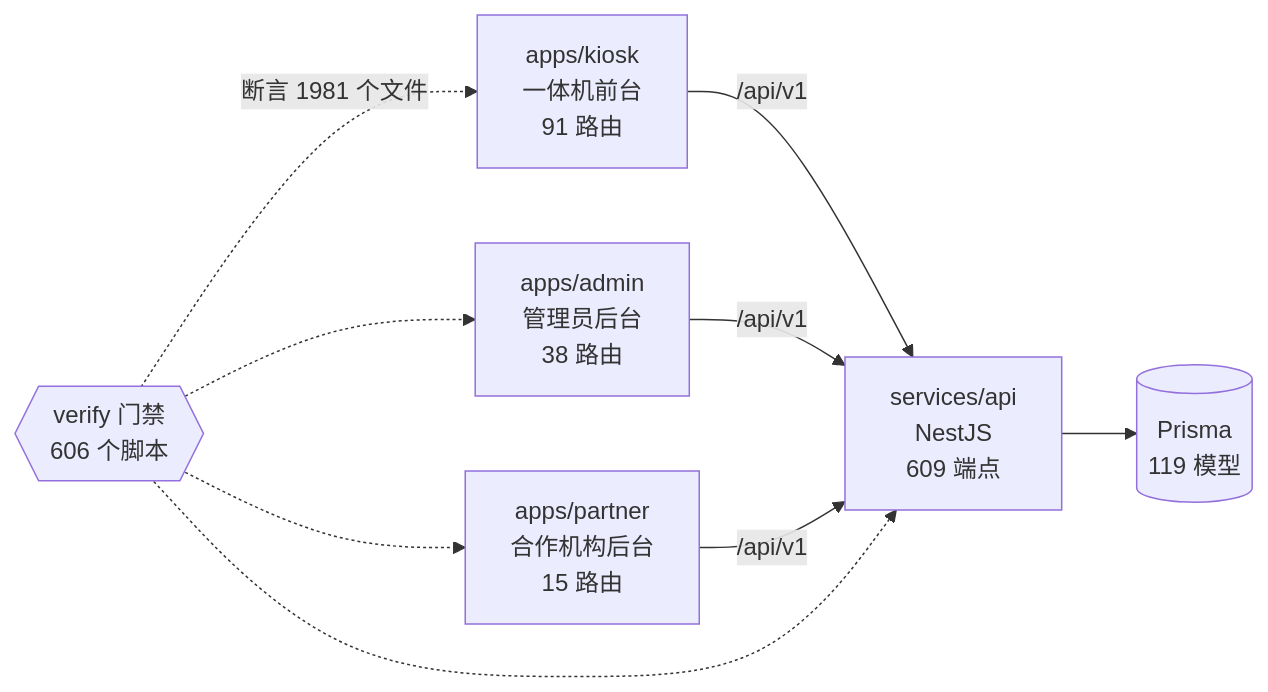
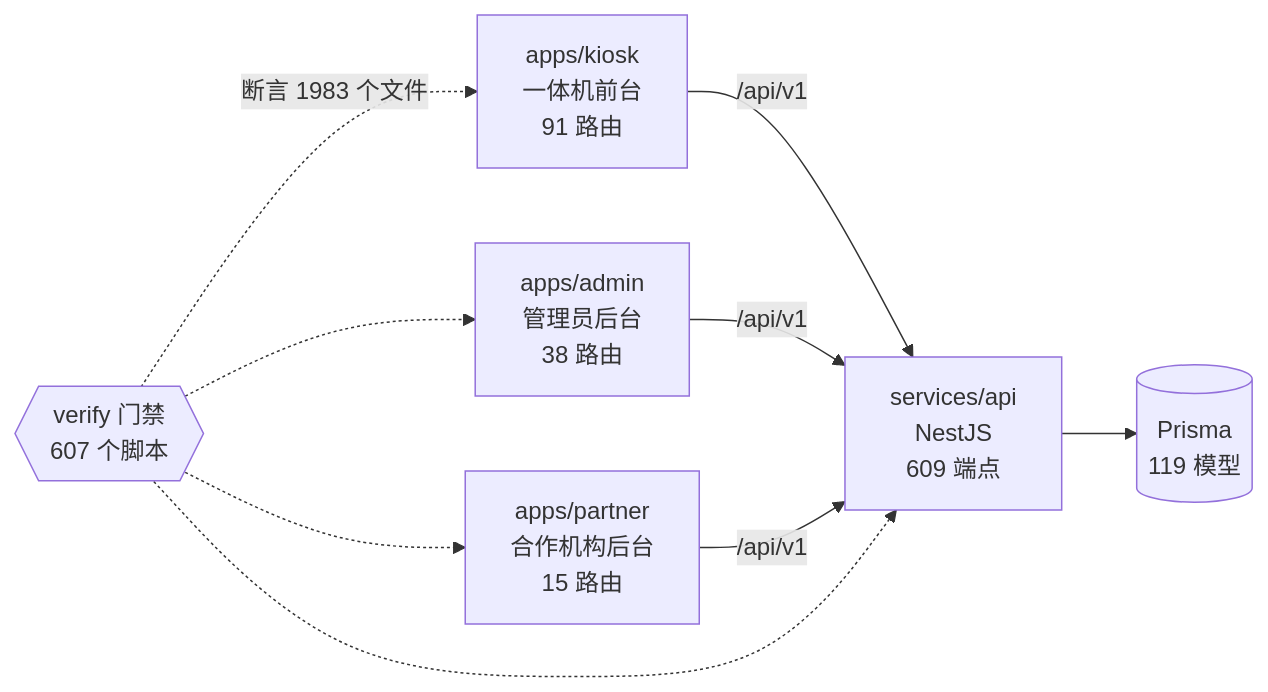
Before and after one commit to wanglei581/YITIJI: the diagram in docs/graph/README.md, drawn with Mermaid. The commit also changed other lines of this file and 63 other files, not shown here.

````diff
--- a/docs/graph/README.md
+++ b/docs/graph/README.md
@@ -68,18 +68,18 @@
 ```mermaid
 flowchart LR
   kiosk["apps/kiosk<br/>一体机前台<br/>91 路由"]
   admin["apps/admin<br/>管理员后台<br/>38 路由"]
   partner["apps/partner<br/>合作机构后台<br/>15 路由"]
   api["services/api<br/>NestJS<br/>609 端点"]
   db[("Prisma<br/>119 模型")]
-  gates{{"verify 门禁<br/>606 个脚本"}}
+  gates{{"verify 门禁<br/>607 个脚本"}}
 
   kiosk -->|"/api/v1"| api
   admin -->|"/api/v1"| api
   partner -->|"/api/v1"| api
   api --> db
-  gates -.->|"断言 1981 个文件"| kiosk
+  gates -.->|"断言 1983 个文件"| kiosk
   gates -.-> admin
   gates -.-> partner
   gates -.-> api
 ```
````
